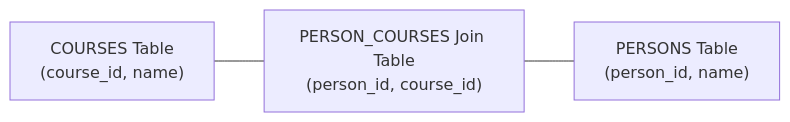
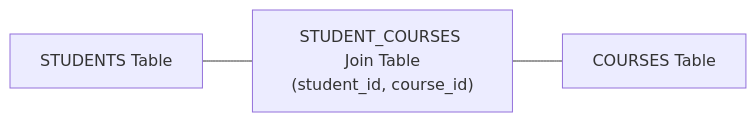
Before and after one commit to rohithgowda18/Notes: the eighth of 13 diagrams in 06-Java-and-Spring-Boot/03-Data-Persistence-Spring-Data-JPA.md, drawn with Mermaid. The commit also changed other lines of this file and 13 other files, not shown here.

Commit message:
docs: upgrade Spring Boot study guides to Spring Boot 3+, Spring 6, Security 6, Jakarta, and add architecture diagrams

````diff
--- a/06-Java-and-Spring-Boot/03-Data-Persistence-Spring-Data-JPA.md
+++ b/06-Java-and-Spring-Boot/03-Data-Persistence-Spring-Data-JPA.md
@@ -495,5 +430,5 @@
 ```mermaid
 flowchart LR
-    C["COURSES Table<br>(course_id, name)"] --- JT["PERSON_COURSES Join Table<br>(person_id, course_id)"]
-    JT --- P["PERSONS Table<br>(person_id, name)"]
+    S["STUDENTS Table"] --- JT["STUDENT_COURSES Join Table<br>(student_id, course_id)"]
+    JT --- C["COURSES Table"]
 ```
````
